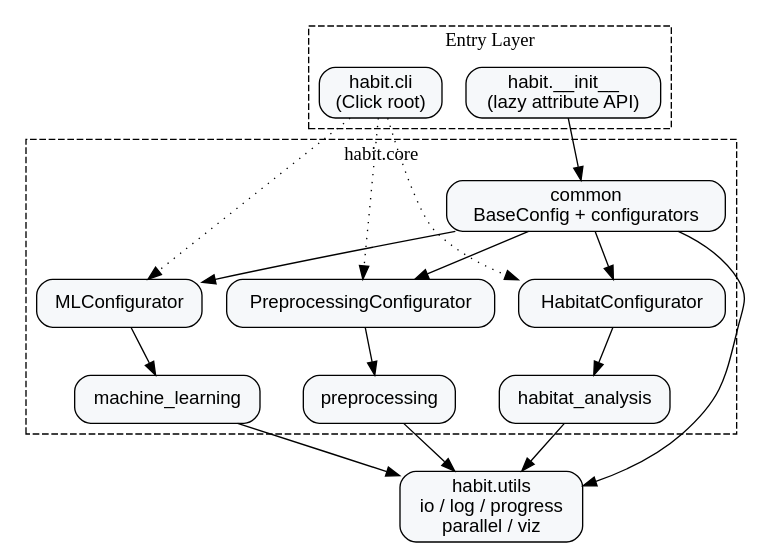
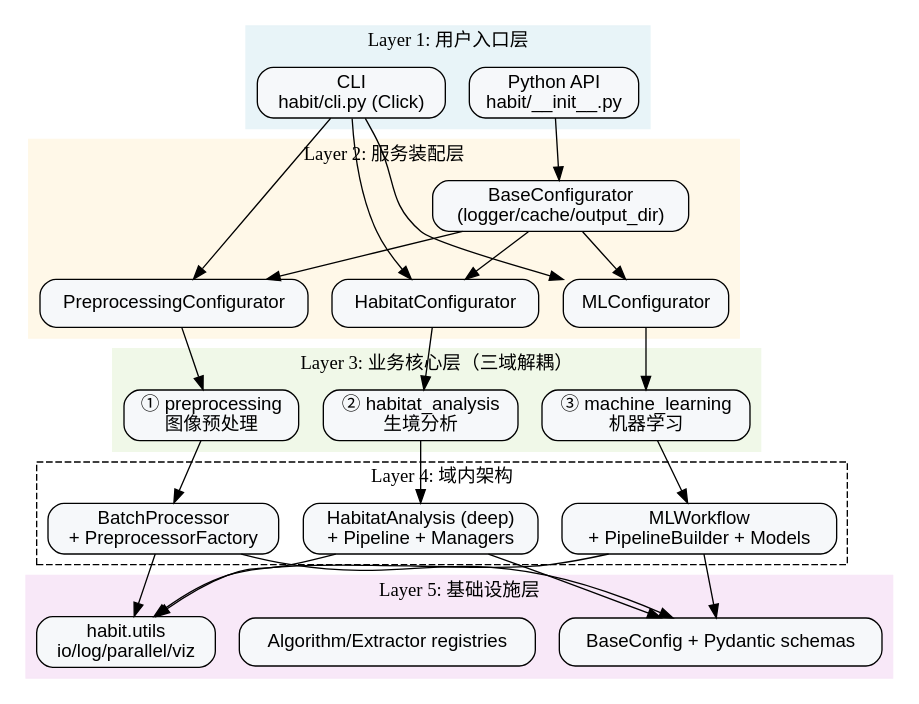
Before and after one commit to lichao312214129/HABIT: the first of 4 diagrams in docs/source/development/architecture.rst, drawn with Graphviz. The commit also changed other lines of this file and 7 other files, not shown here.

```diff
--- a/docs/source/development/architecture.rst
+++ b/docs/source/development/architecture.rst
@@ -37,46 +40,72 @@
 .. graphviz::
 
-   digraph topology {
+   digraph architecture {
        rankdir=TB;
        node [shape=box, style="rounded,filled", fillcolor="#f6f8fa", fontname="Helvetica"];
        edge [color="#888"];
 
-       subgraph cluster_entry {
-           label="Entry Layer";
-           style=dashed; color="#bbb";
-           CLI    [label="habit.cli\n(Click root)"];
-           API    [label="habit.__init__\n(lazy attribute API)"];
+       subgraph cluster_l1 {
+           label="Layer 1: 用户入口层";
+           style=filled; color="#e8f4f8";
+           CLI [label="CLI\nhabit/cli.py (Click)"];
+           API [label="Python API\nhabit/__init__.py"];
        }
 
-       subgraph cluster_core {
-           label="habit.core";
-           style=dashed; color="#bbb";
-           Common      [label="common\nBaseConfig + configurators"];
-           HabitatCfg  [label="HabitatConfigurator"];
-           MLCfg       [label="MLConfigurator"];
-           PreCfg      [label="PreprocessingConfigurator"];
-           Habitat     [label="habitat_analysis"];
-           ML          [label="machine_learning"];
-           Pre         [label="preprocessing"];
+       subgraph cluster_l2 {
+           label="Layer 2: 服务装配层";
+           style=filled; color="#fff8e8";
+           BaseCfg [label="BaseConfigurator\n(logger/cache/output_dir)"];
+           HabitatCfg [label="HabitatConfigurator"];
+           MLCfg [label="MLConfigurator"];
+           PreCfg [label="PreprocessingConfigurator"];
        }
 
-       Utils [label="habit.utils\nio / log / progress\nparallel / viz"];
+       subgraph cluster_l3 {
+           label="Layer 3: 业务核心层（三域解耦）";
+           style=filled; color="#f0f8e8";
+           Pre [label="① preprocessing\n图像预处理"];
+           Habitat [label="② habitat_analysis\n生境分析"];
+           ML [label="③ machine_learning\n机器学习"];
+       }
 
-       CLI -> HabitatCfg [style=dotted];
-       CLI -> MLCfg      [style=dotted];
-       CLI -> PreCfg     [style=dotted];
-       API -> Common;
+       subgraph cluster_l4 {
+           label="Layer 4: 域内架构";
+           style=dashed; color="#bbb";
+           PreArch [label="BatchProcessor\n+ PreprocessorFactory"];
+           HabitatArch [label="HabitatAnalysis (deep)\n+ Pipeline + Managers"];
+           MLArch [label="MLWorkflow\n+ PipelineBuilder + Models"];
+       }
 
-       Common -> HabitatCfg;
-       Common -> MLCfg;
-       Common -> PreCfg;
+       subgraph cluster_l5 {
+           label="Layer 5: 基础设施层";
+           style=filled; color="#f8e8f8";
+           Configs [label="BaseConfig + Pydantic schemas"];
+           Registries [label="Algorithm/Extractor registries"];
+           Utils [label="habit.utils\nio/log/parallel/viz"];
+       }
 
+       CLI -> HabitatCfg;
+       CLI -> MLCfg;
+       CLI -> PreCfg;
+       API -> BaseCfg;
+
+       BaseCfg -> HabitatCfg;
+       BaseCfg -> MLCfg;
+       BaseCfg -> PreCfg;
+
+       PreCfg -> Pre;
        HabitatCfg -> Habitat;
-       MLCfg      -> ML;
-       PreCfg     -> Pre;
+       MLCfg -> ML;
 
-       Habitat -> Utils;
-       ML      -> Utils;
-       Pre     -> Utils;
-       Common  -> Utils;
+       Pre -> PreArch;
+       Habitat -> HabitatArch;
+       ML -> MLArch;
+
+       PreArch -> Configs;
+       HabitatArch -> Configs;
+       MLArch -> Configs;
+
+       PreArch -> Utils;
+       HabitatArch -> Utils;
+       MLArch -> Utils;
    }
```
